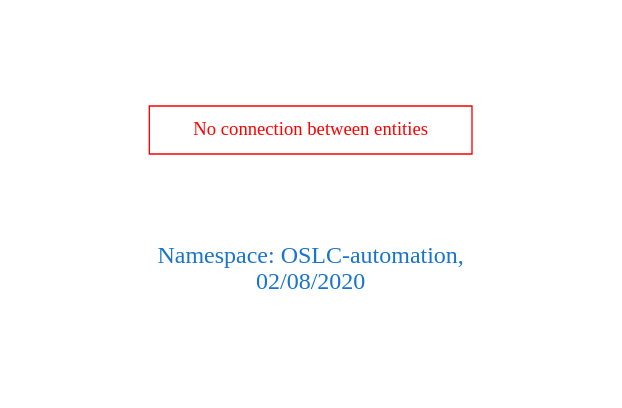
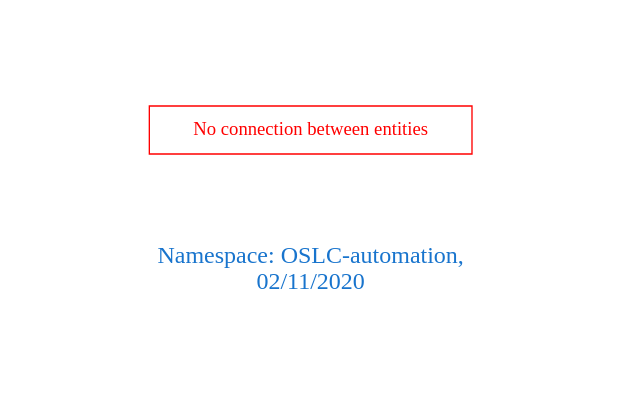
Before and after one commit to arago/OGIT: the diagram in downloads/OSLC-automation.dot, drawn with Graphviz. The commit also changed 1693 other files, not shown here.

```diff
--- a/downloads/OSLC-automation.dot
+++ b/downloads/OSLC-automation.dot
@@ -1,9 +1,9 @@
 digraph OGIT_ontology {
  graph [ rankdir= LR,pad=1 
 fontsize = 18,
-fontcolor= dodgerblue3,label = "\n\n\nNamespace: OSLC-automation, \n 02/08/2020"];
+fontcolor= dodgerblue3,label = "\n\n\nNamespace: OSLC-automation, \n 02/11/2020"];
 node[shape=polygon];
 edge [  color="gray81"];
 
 "No connection between entities" [fontcolor = "red",color="red", shape="polygon"]
 }
```
